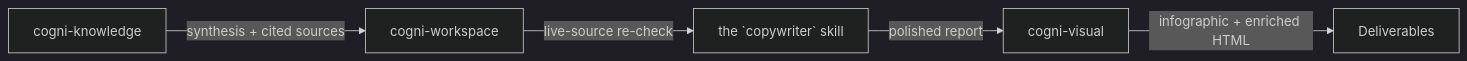
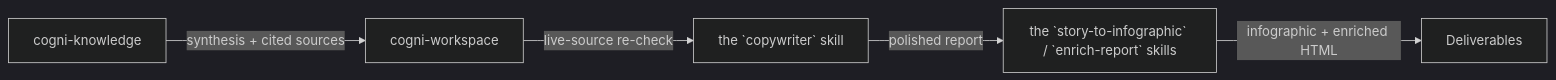
One commit to cogni-work/cogni-works changed the diagram in docs/workflows/research-to-report.md. Above: the diagram before and after it, drawn with Mermaid (dark theme). The commit also changed other lines of this file and 6 other files, not shown here.

````diff
--- a/docs/workflows/research-to-report.md
+++ b/docs/workflows/research-to-report.md
@@ -7,7 +7,7 @@
 ```mermaid
 graph LR
     A[cogni-knowledge] -->|synthesis + cited sources| B[cogni-workspace]
     B -->|live-source re-check| C[the `copywriter` skill]
-    C -->|polished report| D[cogni-visual]
+    C -->|polished report| D[the `story-to-infographic` / `enrich-report` skills]
     D -->|infographic + enriched HTML| E[Deliverables]
 ```
````
